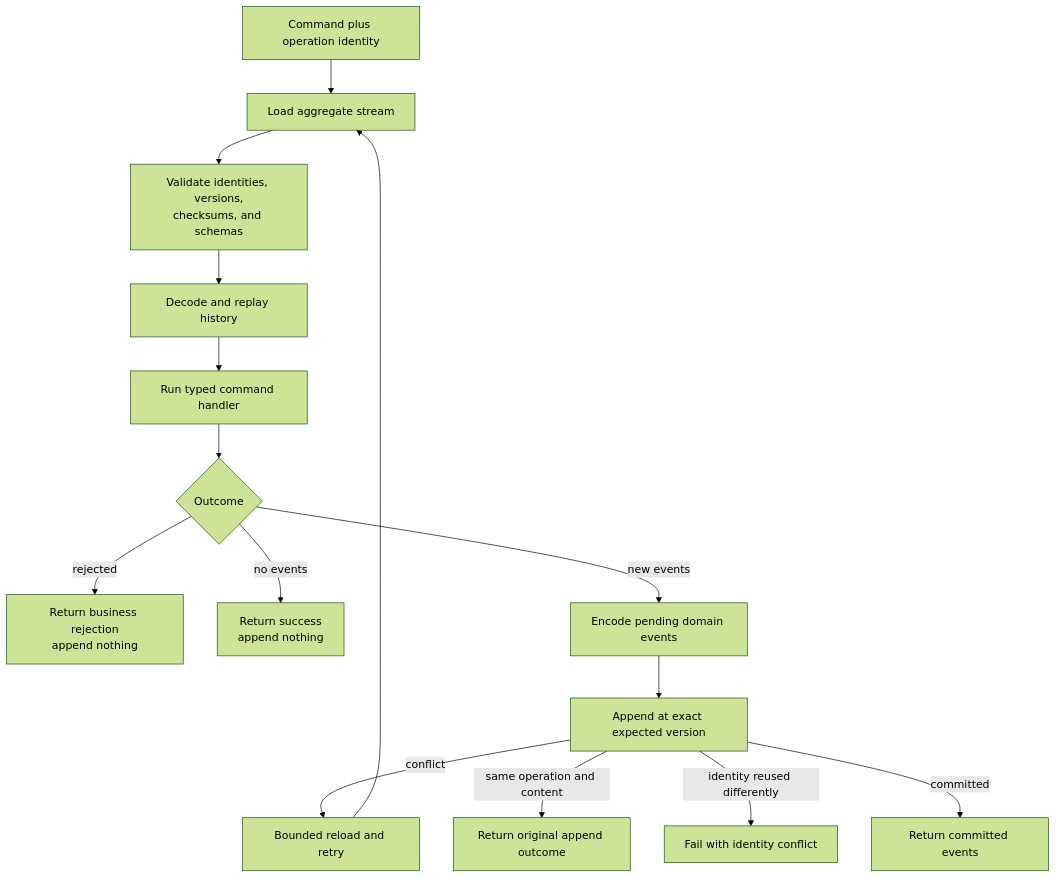
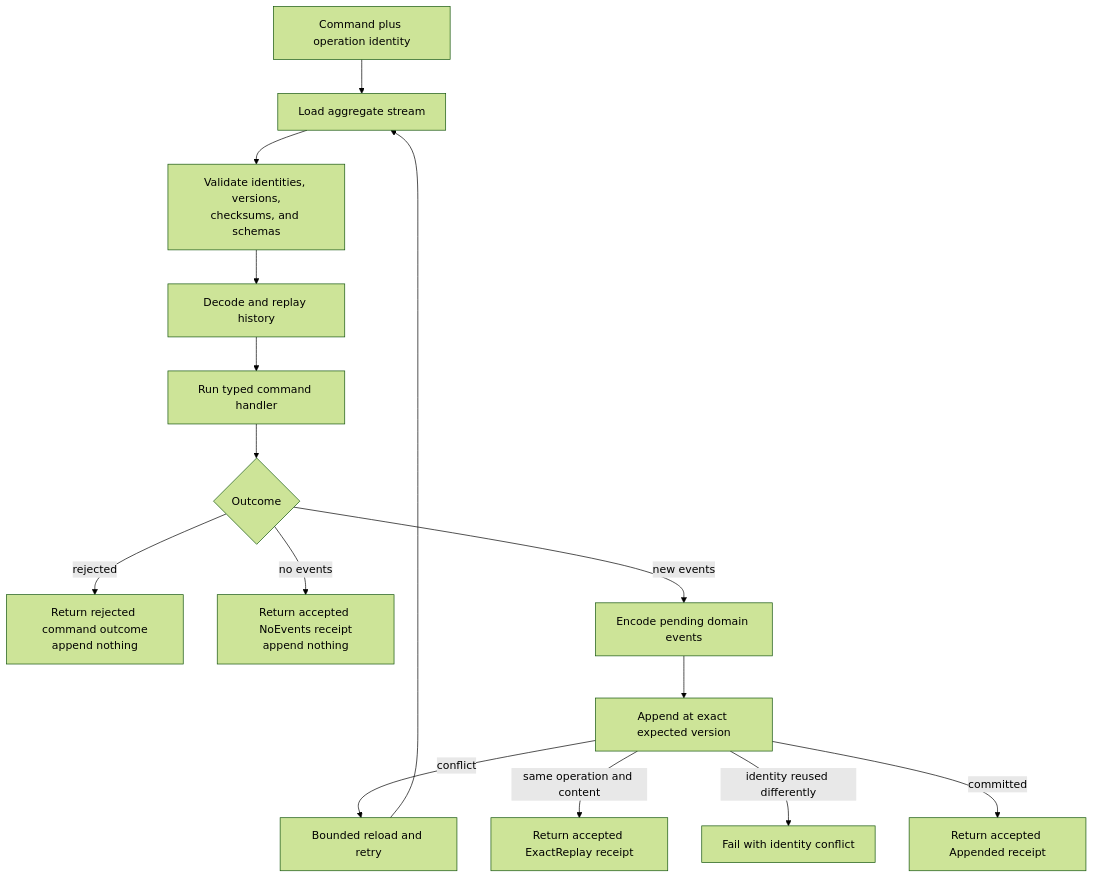
Before and after one commit to elbLabs/rostfrei: the third of 8 diagrams in docs/cofounder-project-summary.md, drawn with Mermaid (forest theme). The commit also changed other lines of this file and 60 other files, not shown here.

````diff
--- a/docs/cofounder-project-summary.md
+++ b/docs/cofounder-project-summary.md
@@ -165,17 +165,17 @@
 ```mermaid
 flowchart TD
     Start[Command plus operation identity] --> Load[Load aggregate stream]
     Load --> Validate[Validate identities, versions,<br/>checksums, and schemas]
     Validate --> Replay[Decode and replay history]
     Replay --> Handle[Run typed command handler]
     Handle --> Outcome{Outcome}
-    Outcome -->|rejected| Rejected[Return business rejection<br/>append nothing]
-    Outcome -->|no events| NoEvents[Return success<br/>append nothing]
+    Outcome -->|rejected| Rejected[Return rejected command outcome<br/>append nothing]
+    Outcome -->|no events| NoEvents[Return accepted NoEvents receipt<br/>append nothing]
     Outcome -->|new events| Encode[Encode pending domain events]
     Encode --> Append[Append at exact expected version]
     Append -->|conflict| Retry[Bounded reload and retry]
     Retry --> Load
-    Append -->|same operation and content| Original[Return original append outcome]
+    Append -->|same operation and content| Original[Return accepted ExactReplay receipt]
     Append -->|identity reused differently| IdentityConflict[Fail with identity conflict]
-    Append -->|committed| Success[Return committed events]
+    Append -->|committed| Success[Return accepted Appended receipt]
 ```
````
